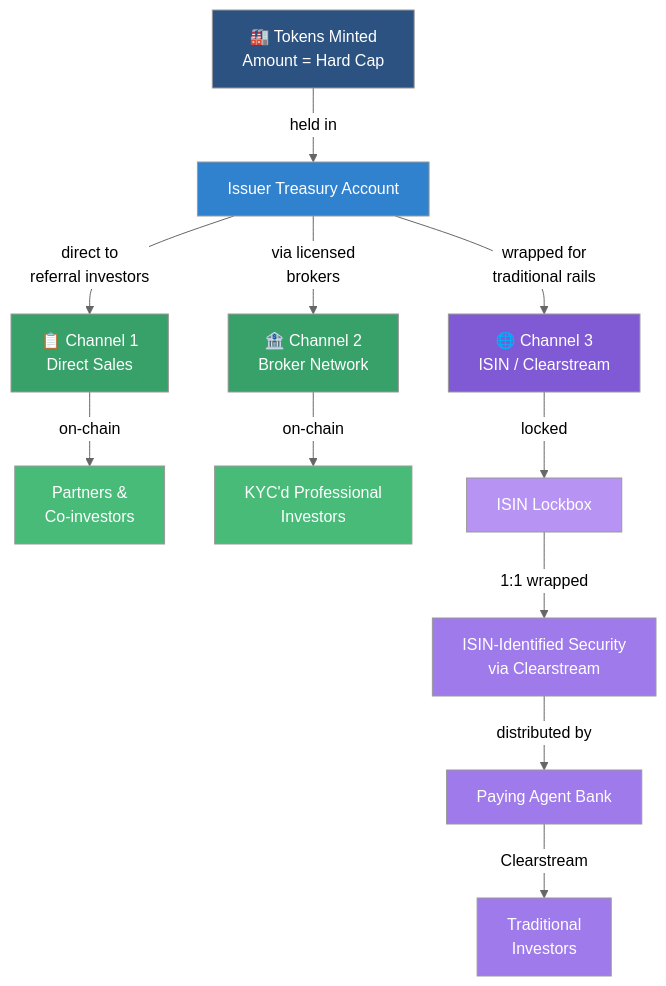
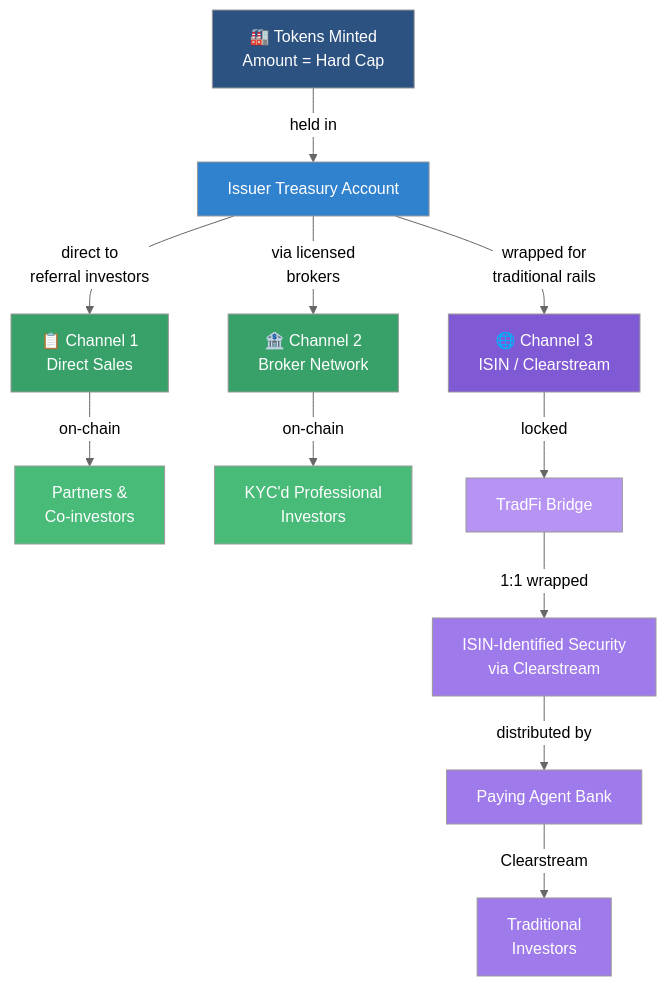
The fourth of 9 diagrams in hugo-site/content/whatsails.md (hrbrlife/sailsto_website), drawn with Mermaid (neutral theme) before and after one commit. The commit also changed other lines of this file and 7 other files, not shown here.

```diff
--- a/hugo-site/content/whatsails.md
+++ b/hugo-site/content/whatsails.md
@@ -451,24 +451,24 @@
         <div class="mermaid">
         flowchart TD
             MINT[🏭 Tokens Minted<br/>Amount = Hard Cap] -->|held in| TREASURY[Issuer Treasury Account]
             TREASURY -->|direct to<br/>referral investors| CH1[📋 Channel 1<br/>Direct Sales]
             TREASURY -->|via licensed<br/>brokers| CH2[🏦 Channel 2<br/>Broker Network]
             TREASURY -->|wrapped for<br/>traditional rails| CH3[🌐 Channel 3<br/>ISIN / Clearstream]
             CH1 -->|on-chain| INV1[Partners &<br/>Co-investors]
             CH2 -->|on-chain| INV2[KYC'd Professional<br/>Investors]
-            CH3 -->|locked| WRAP[ISIN Lockbox]
+            CH3 -->|locked| WRAP[TradFi Bridge]
             WRAP -->|1:1 wrapped| ISIN[ISIN-Identified Security<br/>via Clearstream]
             ISIN -->|distributed by| BANK[Paying Agent Bank]
             BANK -->|Clearstream| INV3[Traditional<br/>Investors]
             style MINT fill:#2c5282,color:#fff
             style TREASURY fill:#3182ce,color:#fff
             style CH1 fill:#38a169,color:#fff
             style CH2 fill:#38a169,color:#fff
             style CH3 fill:#805ad5,color:#fff
             style INV1 fill:#48bb78,color:#fff
             style INV2 fill:#48bb78,color:#fff
             style INV3 fill:#9f7aea,color:#fff
             style WRAP fill:#b794f4,color:#fff
             style ISIN fill:#9f7aea,color:#fff
             style BANK fill:#9f7aea,color:#fff
         </div>
```
